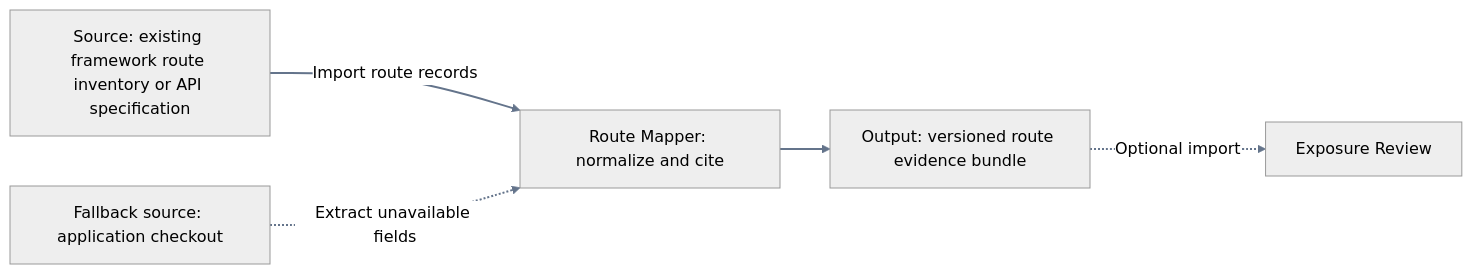
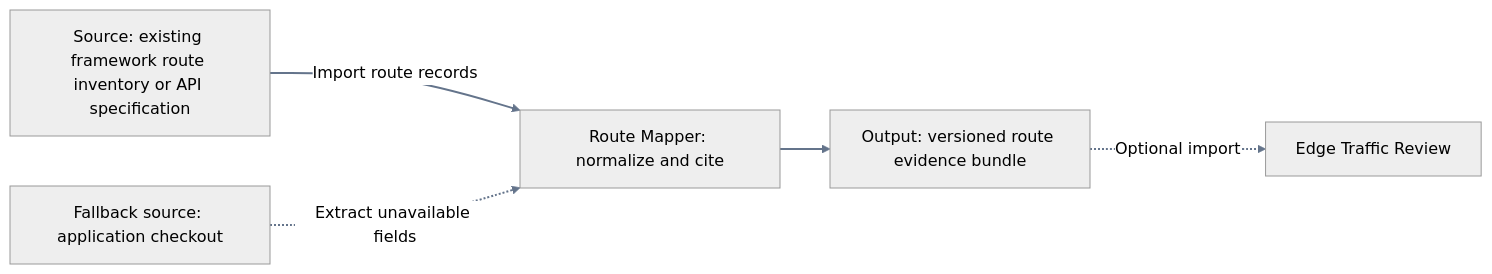
One commit to phil-markarian/pensys changed the diagram in research/_references/diagrams/route-mapper/01-overview.mmd. Above: the diagram before and after it, drawn with Mermaid (neutral theme). The commit also changed 29 other files, not shown here.

```diff
--- a/research/_references/diagrams/route-mapper/01-overview.mmd
+++ b/research/_references/diagrams/route-mapper/01-overview.mmd
@@ -1,7 +1,7 @@
 flowchart LR
     source["Source: existing framework route inventory or API specification"]
     source -->|Import route records| mapper["Route Mapper: normalize and cite"]
     checkout["Fallback source: application checkout"] -. Extract unavailable fields .-> mapper
     mapper --> bundle["Output: versioned route evidence bundle"]
-    bundle -. Optional import .-> exposure["Exposure Review"]
+    bundle -. Optional import .-> exposure["Edge Traffic Review"]
     linkStyle default stroke:#64748b,stroke-width:2px
```
